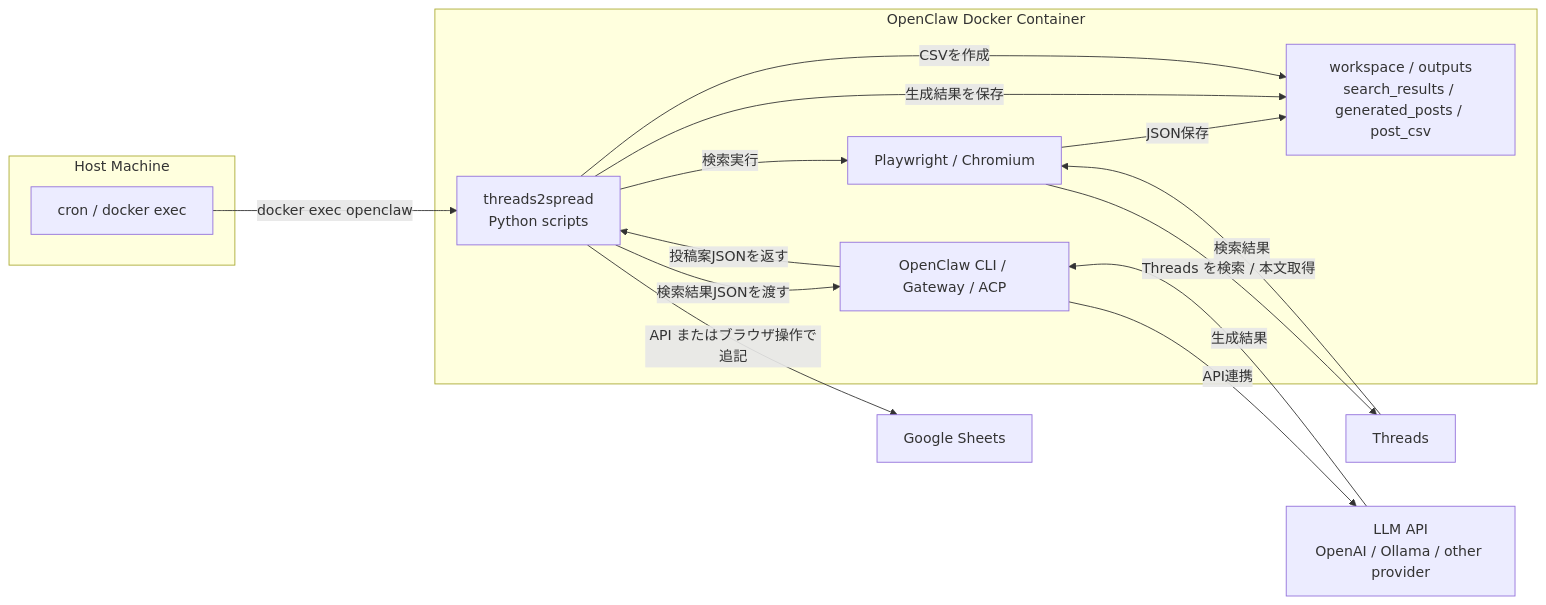
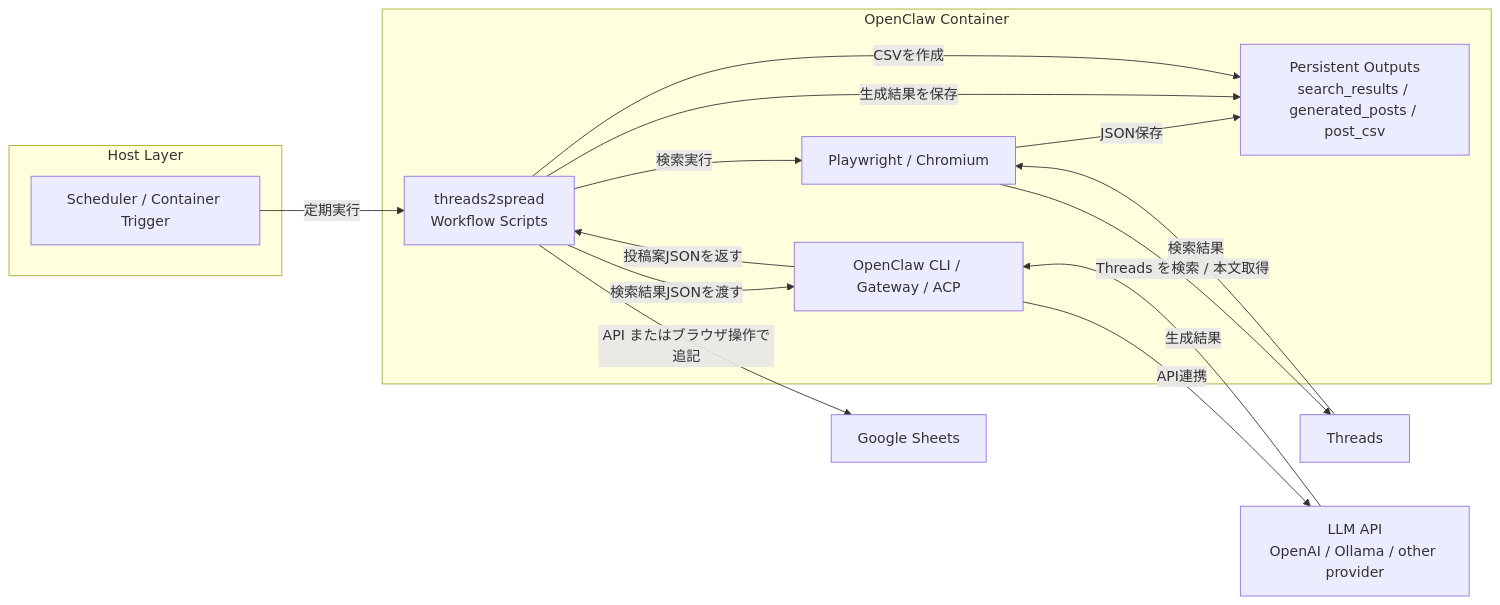
Before and after one commit to kazukiminemura/threads2spread: the diagram in Readme.md, drawn with Mermaid. The commit also changed other lines of this file, not shown here.

````diff
--- a/Readme.md
+++ b/Readme.md
@@ -33,32 +33,32 @@
 ```mermaid
 flowchart LR
-    subgraph Host["Host Machine"]
-        H["cron / docker exec"]
+    subgraph Host["Host Layer"]
+        H["Scheduler / Container Trigger"]
     end
 
-    subgraph C["OpenClaw Docker Container"]
-        A["threads2spread<br/>Python scripts"]
+    subgraph C["OpenClaw Container"]
+        A["threads2spread<br/>Workflow Scripts"]
         B["Playwright / Chromium"]
-        D["workspace / outputs<br/>search_results / generated_posts / post_csv"]
+        D["Persistent Outputs<br/>search_results / generated_posts / post_csv"]
         O["OpenClaw CLI / Gateway / ACP"]
     end
 
     E["Threads"]
     F["LLM API<br/>OpenAI / Ollama / other provider"]
     G["Google Sheets"]
 
-    H -->|"docker exec openclaw"| A
+    H -->|"定期実行"| A
     A -->|"検索実行"| B
     B -->|"Threads を検索 / 本文取得"| E
     E -->|"検索結果"| B
     B -->|"JSON保存"| D
 
     A -->|"検索結果JSONを渡す"| O
     O -->|"API連携"| F
     F -->|"生成結果"| O
     O -->|"投稿案JSONを返す"| A
     A -->|"生成結果を保存"| D
 
     A -->|"CSVを作成"| D
     A -->|"API またはブラウザ操作で追記"| G
 ```
````
